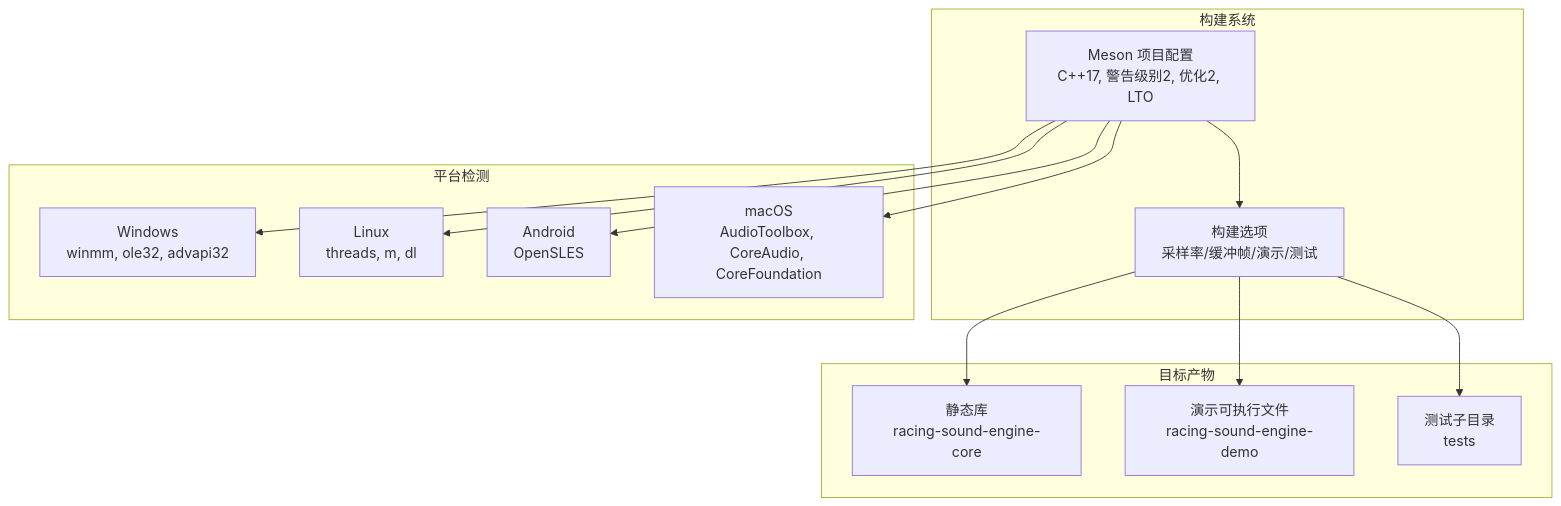
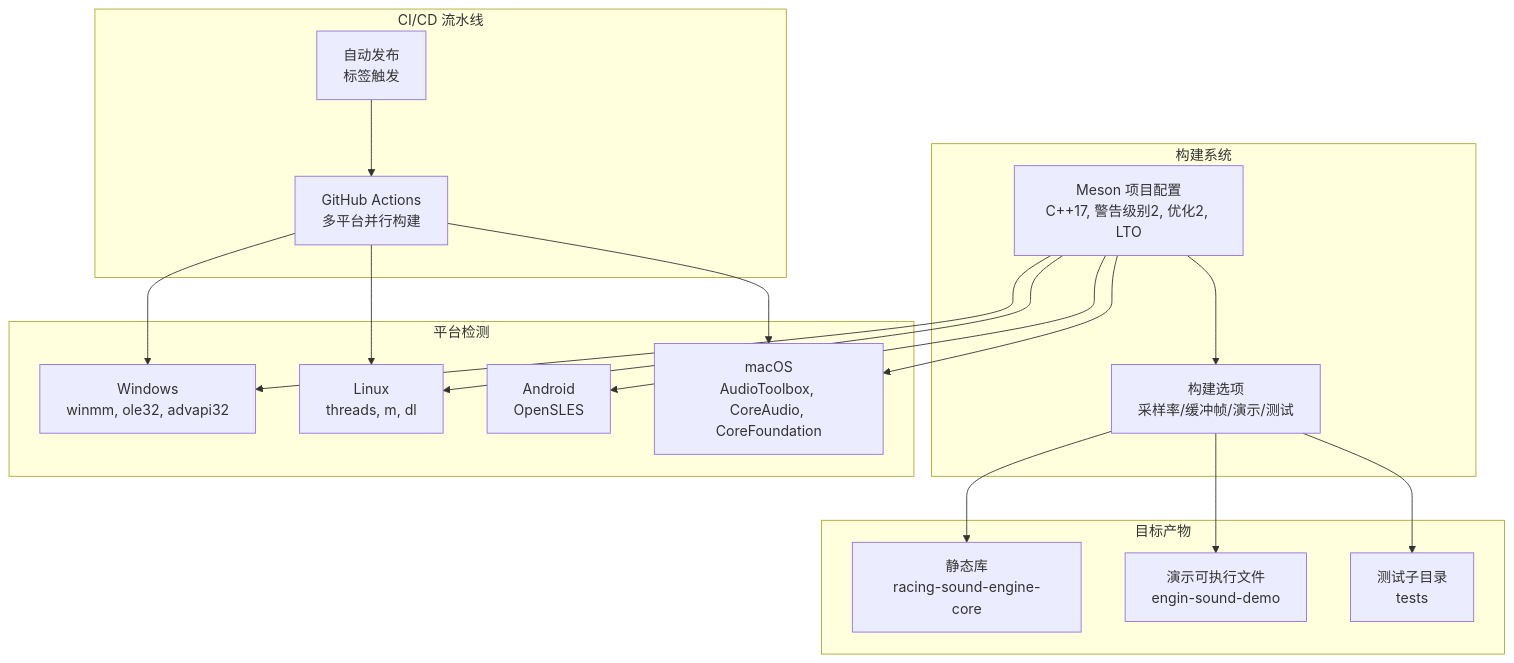
Before and after one commit to bangbangde/racing-sound-engine: the second of 5 diagrams in .qoder/repowiki/zh/content/构建和部署配置.md, drawn with Mermaid. The commit also changed other lines of this file and 88 other files, not shown here.

````diff
--- a/.qoder/repowiki/zh/content/构建和部署配置.md
+++ b/.qoder/repowiki/zh/content/构建和部署配置.md
@@ -67,26 +83,34 @@
 ```mermaid
 graph TB
 subgraph "构建系统"
 M["Meson 项目配置<br/>C++17, 警告级别2, 优化2, LTO"]
 O["构建选项<br/>采样率/缓冲帧/演示/测试"]
 end
 subgraph "平台检测"
 W["Windows<br/>winmm, ole32, advapi32"]
 L["Linux<br/>threads, m, dl"]
 A["Android<br/>OpenSLES"]
 D["macOS<br/>AudioToolbox, CoreAudio, CoreFoundation"]
 end
 subgraph "目标产物"
 SL["静态库<br/>racing-sound-engine-core"]
-EX["演示可执行文件<br/>racing-sound-engine-demo"]
+EX["演示可执行文件<br/>engin-sound-demo"]
 TS["测试子目录<br/>tests"]
+end
+subgraph "CI/CD 流水线"
+GA["GitHub Actions<br/>多平台并行构建"]
+RL["自动发布<br/>标签触发"]
 end
 M --> O
 O --> SL
 O --> EX
 O --> TS
 M --> W
 M --> L
 M --> A
 M --> D
+GA --> W
+GA --> L
+GA --> D
+RL --> GA
 ```
````
